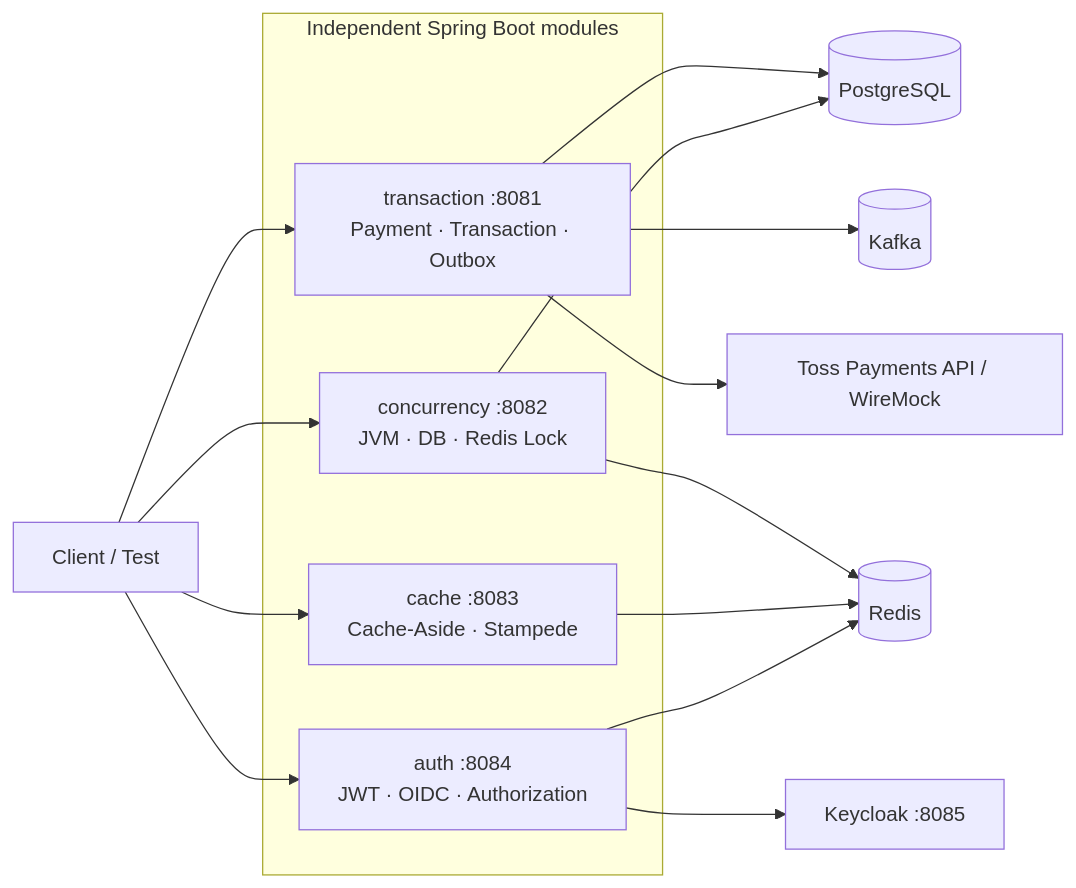
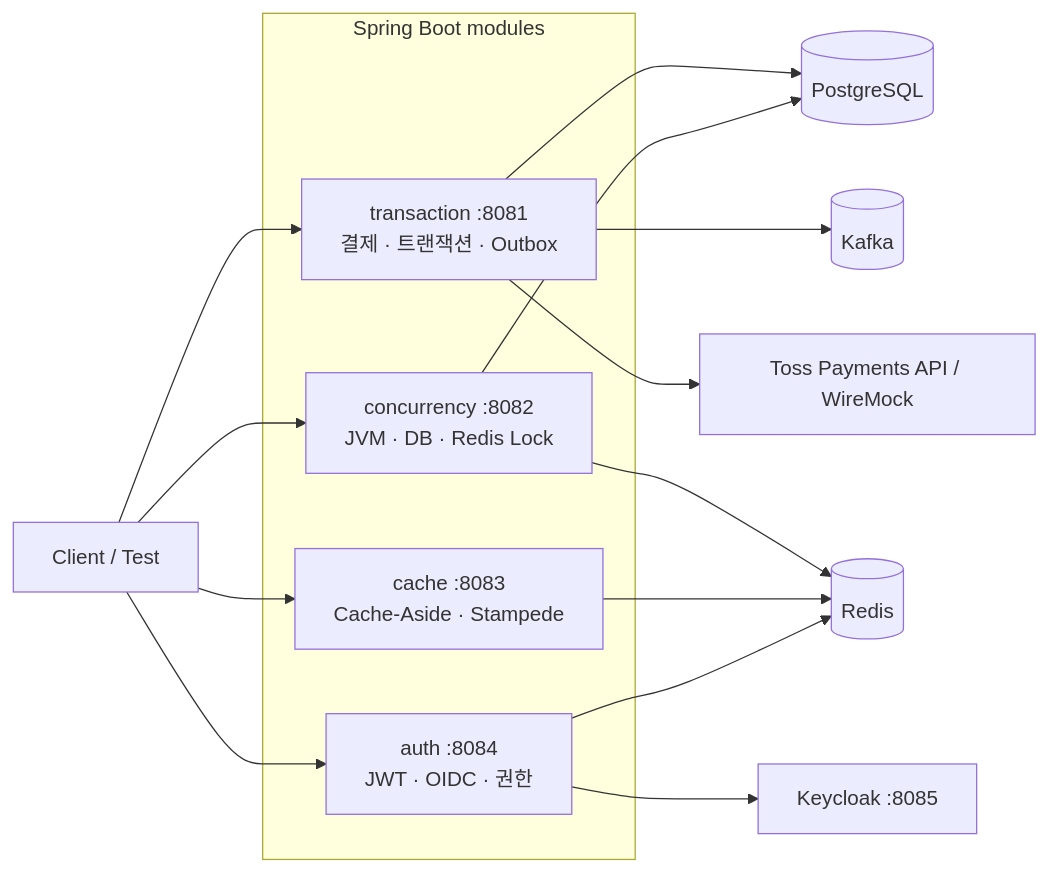
The diagram in README.md (Ji-Hyeong/backend-study), drawn with Mermaid before and after one commit. The commit also changed other lines of this file and 1 other file, not shown here.

````diff
--- a/README.md
+++ b/README.md
@@ -22,25 +20,25 @@
 ```mermaid
 flowchart LR
     Client["Client / Test"]
 
-    subgraph Apps["Independent Spring Boot modules"]
-        Transaction["transaction :8081<br/>Payment · Transaction · Outbox"]
+    subgraph Apps["Spring Boot modules"]
+        Transaction["transaction :8081<br/>결제 · 트랜잭션 · Outbox"]
         Concurrency["concurrency :8082<br/>JVM · DB · Redis Lock"]
         Cache["cache :8083<br/>Cache-Aside · Stampede"]
-        Auth["auth :8084<br/>JWT · OIDC · Authorization"]
+        Auth["auth :8084<br/>JWT · OIDC · 권한"]
     end
 
     Client --> Transaction
     Client --> Concurrency
     Client --> Cache
     Client --> Auth
 
     Transaction --> PostgreSQL[(PostgreSQL)]
     Transaction --> Kafka[(Kafka)]
     Transaction --> PG["Toss Payments API / WireMock"]
     Concurrency --> PostgreSQL
     Concurrency --> Redis[(Redis)]
     Cache --> Redis
     Auth --> Redis
     Auth --> Keycloak["Keycloak :8085"]
 ```
````
